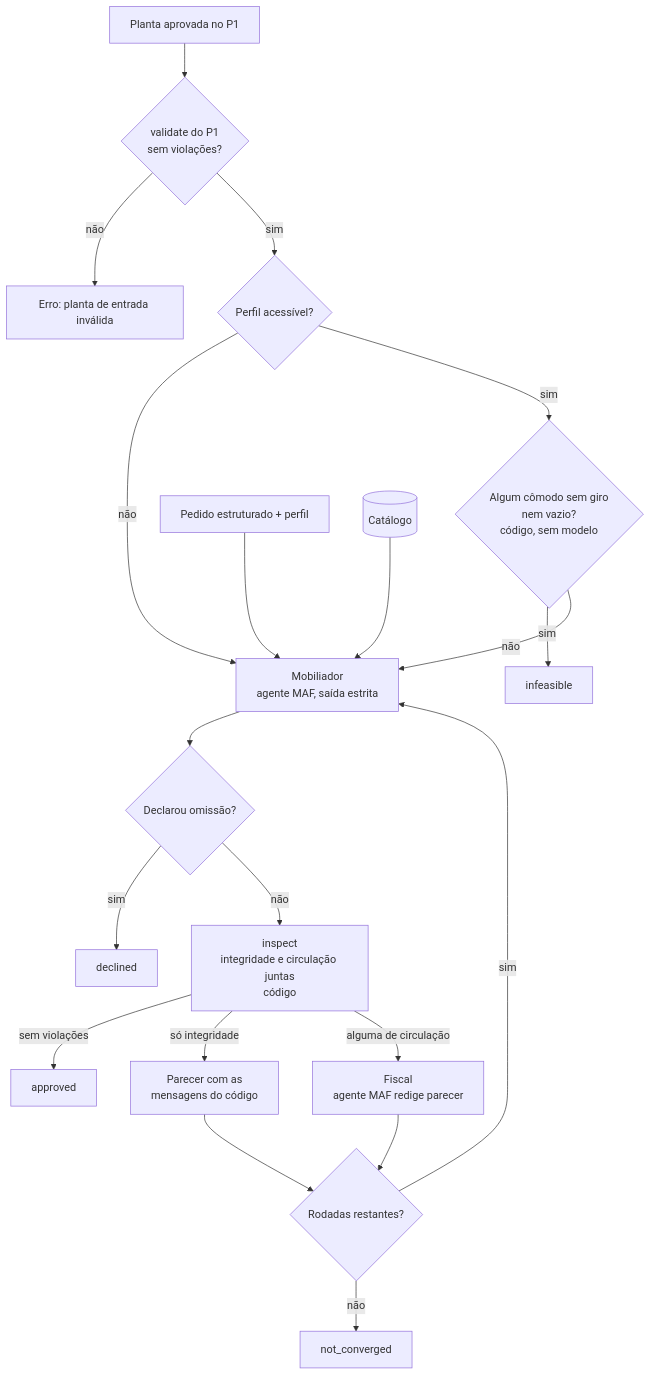
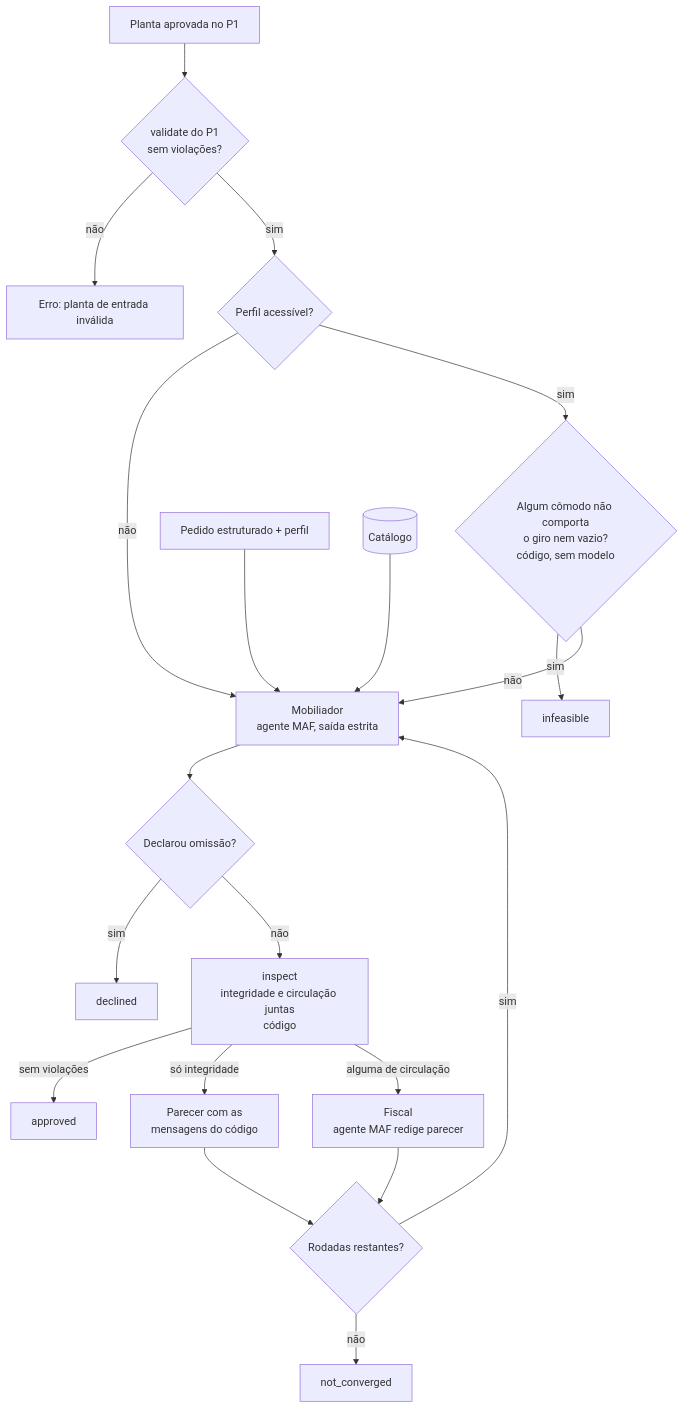
The second of 2 diagrams in README.md (yujikunitake/floorplan-guardrails), drawn with Mermaid before and after one commit.

Commit message:
docs(docs): say what the infeasible check asks in the p2 flow

````diff
--- a/README.md
+++ b/README.md
@@ -117,22 +117,22 @@
 ```mermaid
 flowchart TD
     P[Planta aprovada no P1] --> V{validate do P1<br/>sem violações?}
     V -- não --> X[Erro: planta de entrada inválida]
     V -- sim --> AC{Perfil acessível?}
     AC -- não --> M[Mobiliador<br/>agente MAF, saída estrita]
-    AC -- sim --> G{Algum cômodo sem giro<br/>nem vazio?<br/>código, sem modelo}
+    AC -- sim --> G{Algum cômodo não comporta<br/>o giro nem vazio?<br/>código, sem modelo}
     G -- sim --> IN[infeasible]
     G -- não --> M
     R[Pedido estruturado + perfil] --> M
     C[(Catálogo)] --> M
     M --> O{Declarou omissão?}
     O -- sim --> D[declined]
     O -- não --> I[inspect<br/>integridade e circulação juntas<br/>código]
     I -- sem violações --> A[approved]
     I -- só integridade --> MSG[Parecer com as<br/>mensagens do código]
     I -- alguma de circulação --> FI[Fiscal<br/>agente MAF redige parecer]
     MSG --> L{Rodadas restantes?}
     FI --> L
     L -- sim --> M
     L -- não --> N[not_converged]
 ```
````
